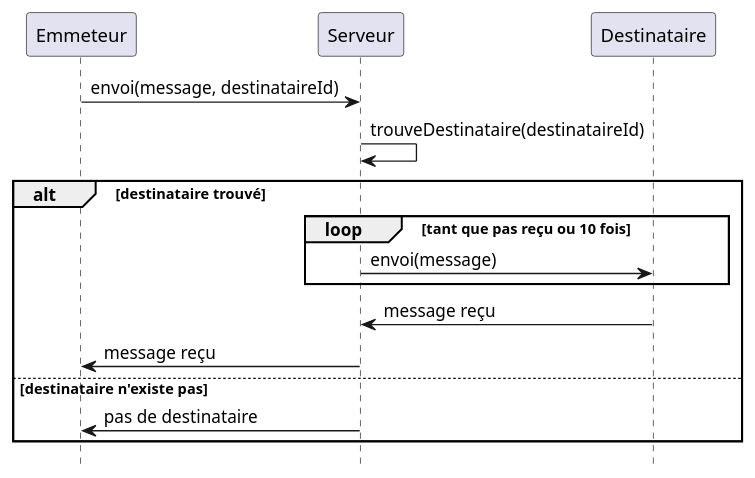
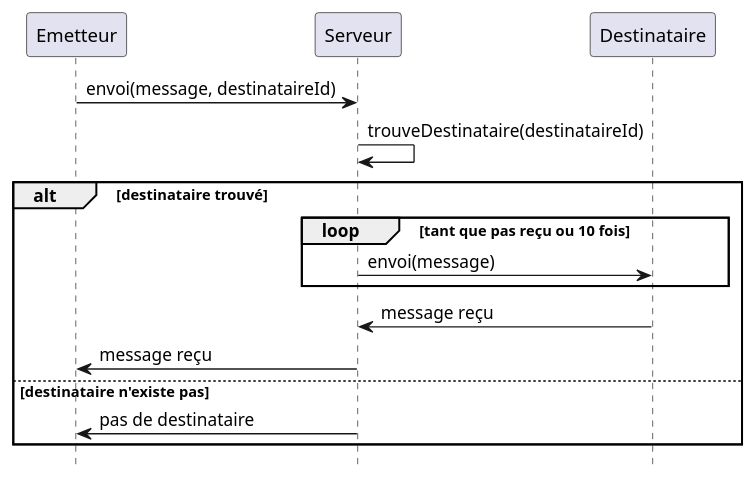
The diagram in S3/assets/plantuml/Retry.plantuml (thomasGuibert/Cours-Design), drawn with PlantUML before and after one commit. The commit also changed 9 other files, not shown here.

Commit message:
fix emmeteur to emetteur

```diff
--- a/S3/assets/plantuml/Retry.plantuml
+++ b/S3/assets/plantuml/Retry.plantuml
@@ -1,16 +1,16 @@
 @startuml Retry
 scale 600*600
 hide footbox
 
-Emmeteur -> Serveur: envoi(message, destinataireId)
+Emetteur -> Serveur: envoi(message, destinataireId)
 Serveur -> Serveur: trouveDestinataire(destinataireId)
 alt destinataire trouvé
 loop tant que pas reçu ou 10 fois
 Serveur -> Destinataire: envoi(message)
 end
 Destinataire -> Serveur: message reçu
-Serveur -> Emmeteur: message reçu
+Serveur -> Emetteur: message reçu
 else destinataire n'existe pas
-Serveur -> Emmeteur: pas de destinataire
+Serveur -> Emetteur: pas de destinataire
 end
 @enduml
```
